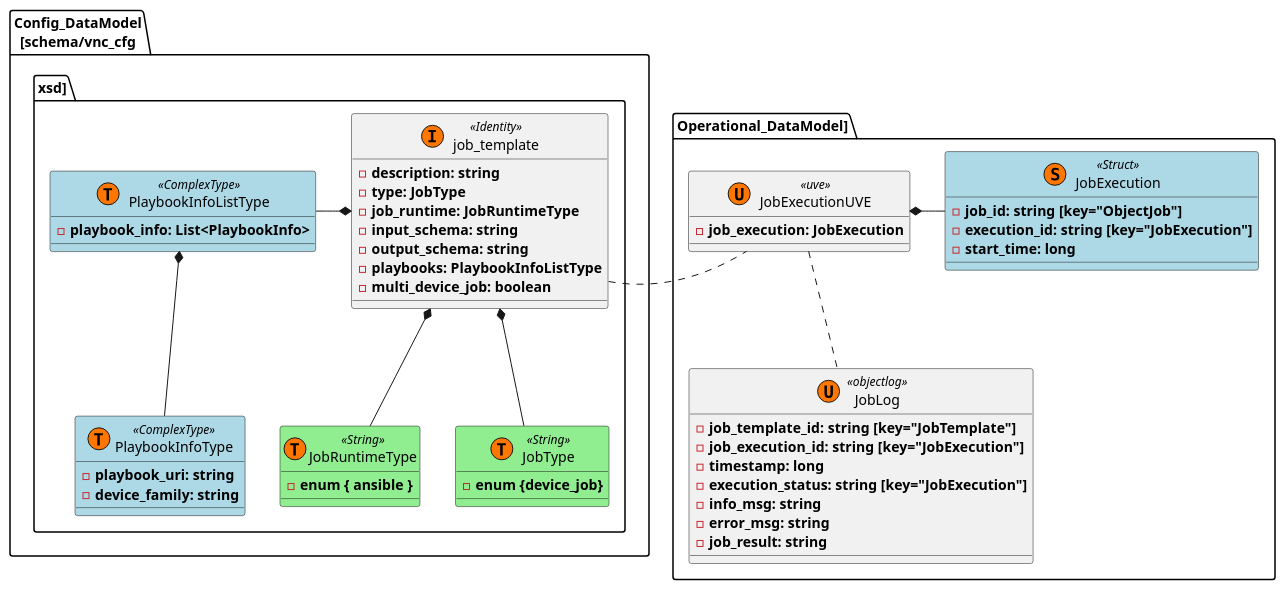
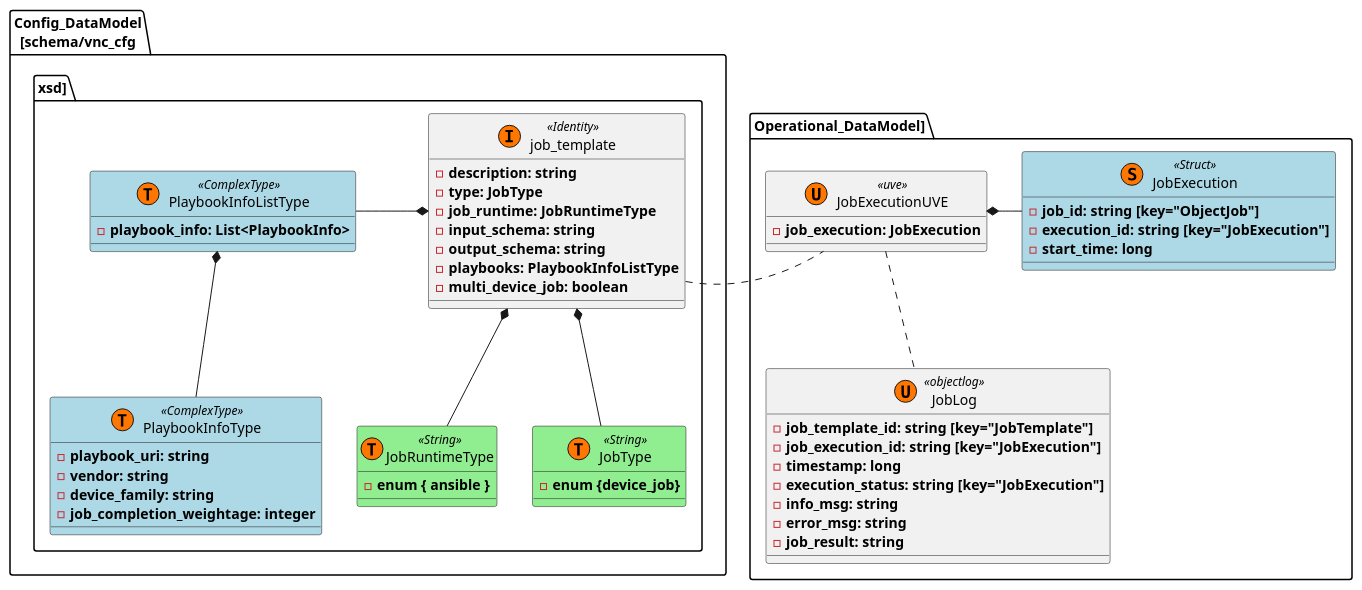
The diagram in 5.0.1-data-model/job.puml (jnpr-tjiang/cfm-data-model), drawn with PlantUML before and after one commit. The commit also changed 9 other files, not shown here.

```diff
--- a/5.0.1-data-model/job.puml
+++ b/5.0.1-data-model/job.puml
@@ -1,66 +1,68 @@
 @startuml
 'title <b>Phase 1: Support of basic EMS functionality via Playbook</b>
 package Config_DataModel\n[schema/vnc_cfg.xsd] {
 
     class PlaybookInfoType << (T, #FF7700) ComplexType>> #lightblue {
         - <b>playbook_uri: string
+        - <b>vendor: string
         - <b>device_family: string
+        - <b>job_completion_weightage: integer
     }
 
     class PlaybookInfoListType << (T, #FF7700) ComplexType>> #lightblue {
         - <b>playbook_info: List<PlaybookInfo>
     }
 
     class JobType << (T, #FF7700) String>> #lightgreen {
         - <b>enum {device_job}
     }
 
     class JobRuntimeType << (T, #FF7700) String>> #lightgreen {
         - <b>enum { ansible }
     }
 
     class job_template << (I, #FF7700) Identity>> {
         - <b>description: string
         - <b>type: JobType
         - <b>job_runtime: JobRuntimeType
         - <b>input_schema: string
         - <b>output_schema: string
         - <b>playbooks: PlaybookInfoListType
         - <b>multi_device_job: boolean
     }
 
     PlaybookInfoListType -* job_template
     job_template *-- JobRuntimeType
     job_template *-- JobType
     PlaybookInfoListType *-- PlaybookInfoType
 }
 
 package Operational_DataModel] {
     class JobExecution << (S, #FF7700) Struct>> #lightblue {
         - <b>job_id: string [key="ObjectJob"]
         - <b>execution_id: string [key="JobExecution"]
         - <b>start_time: long
     }
 
     class JobExecutionUVE << (U, #FF7700) uve>>  {
         - <b>job_execution: JobExecution
     }
 
     class JobLog << (U, #FF7700) objectlog>>  {
         - <b>job_template_id: string [key="JobTemplate"]
         - <b>job_execution_id: string [key="JobExecution"]
         - <b>timestamp: long
         - <b>execution_status: string [key="JobExecution"]
         - <b>info_msg: string
         - <b>error_msg: string
         - <b>job_result: string
     }
 
 
     JobExecutionUVE *- JobExecution
 
     JobExecutionUVE .. JobLog
 }
 
 job_template . JobExecutionUVE
 @enduml
```
